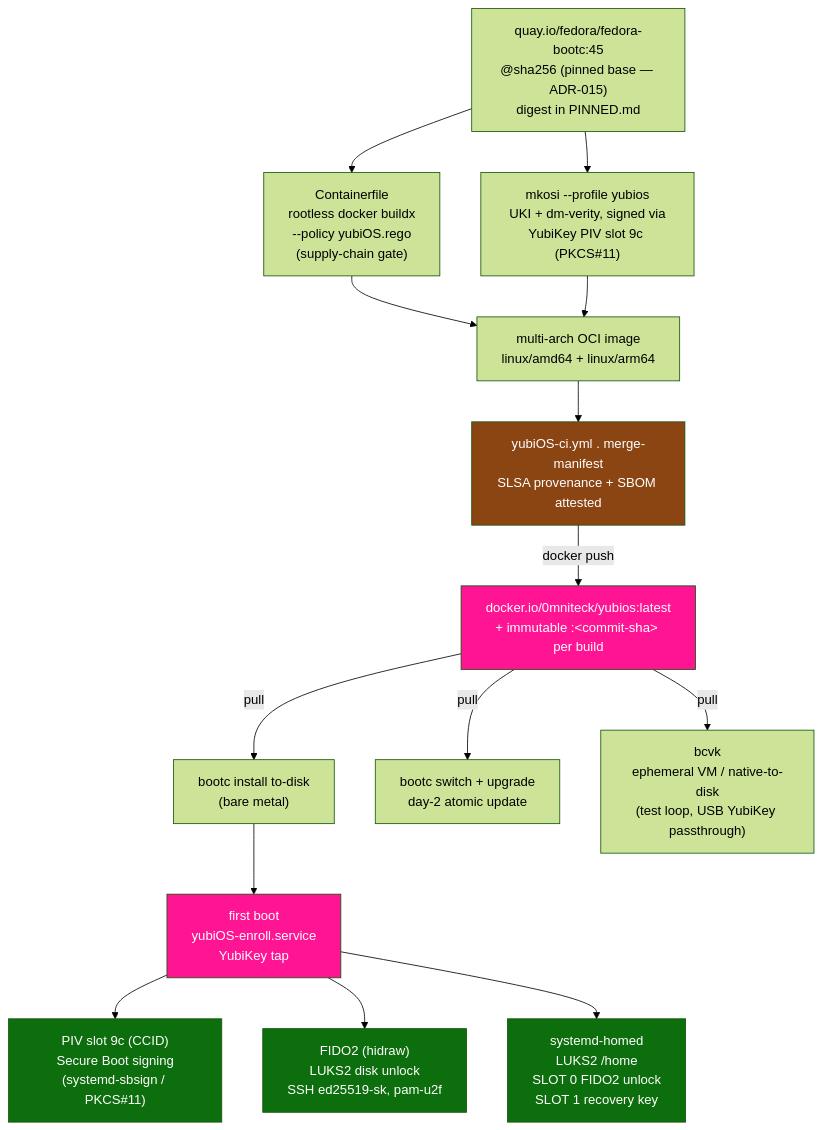
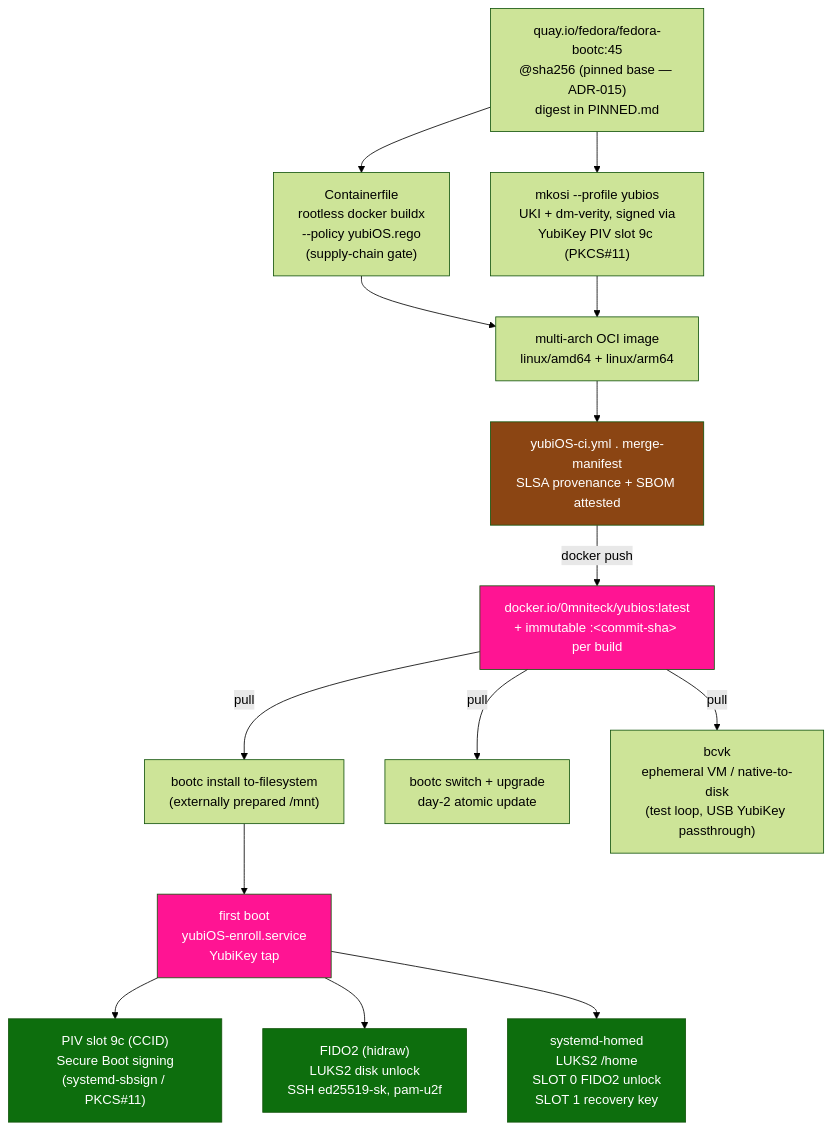
The diagram in README.md (corning-croak-cable/yubiOS), drawn with Mermaid (forest theme) before and after one commit. The commit also changed other lines of this file, not shown here.

Commit message:
docs: switch install example to bootc to-filesystem

````diff
--- a/README.md
+++ b/README.md
@@ -151,37 +174,37 @@
 ```mermaid
 graph TD
     BASE["quay.io/fedora/fedora-bootc:45\n@sha256 (pinned base — ADR-015)\ndigest in PINNED.md"]
     CF["Containerfile\nrootless docker buildx\n--policy yubiOS.rego\n(supply-chain gate)"]
     MKOSI["mkosi --profile yubios\nUKI + dm-verity, signed via\nYubiKey PIV slot 9c (PKCS#11)"]
     OCI["multi-arch OCI image\nlinux/amd64 + linux/arm64"]
     CI["yubiOS-ci.yml . merge-manifest\nSLSA provenance + SBOM attested"]
     REG["docker.io/0mniteck/yubios:latest\n+ immutable :&lt;commit-sha&gt; per build"]
-    INSTALL["bootc install to-disk\n(bare metal)"]
+    INSTALL["bootc install to-filesystem\n(externally prepared /mnt)"]
     UPGRADE["bootc switch + upgrade\nday-2 atomic update"]
     BCVK["bcvk\nephemeral VM / native-to-disk\n(test loop, USB YubiKey passthrough)"]
     ENROLL["first boot\nyubiOS-enroll.service\nYubiKey tap"]
     PIV["PIV slot 9c (CCID)\nSecure Boot signing\n(systemd-sbsign / PKCS#11)"]
     FIDO["FIDO2 (hidraw)\nLUKS2 disk unlock\nSSH ed25519-sk, pam-u2f"]
     HOMED["systemd-homed\nLUKS2 /home\nSLOT 0 FIDO2 unlock\nSLOT 1 recovery key"]
 
     BASE --> CF
     BASE --> MKOSI
     CF --> OCI
     MKOSI --> OCI
     OCI --> CI
     CI -->|docker push| REG
     REG -->|pull| INSTALL
     REG -->|pull| UPGRADE
     REG -->|pull| BCVK
     INSTALL --> ENROLL
     ENROLL --> PIV
     ENROLL --> FIDO
     ENROLL --> HOMED
 
     style REG fill:#ff1493,color:#fff
     style ENROLL fill:#ff1493,color:#fff
     style PIV fill:#0d6e0d,color:#fff
     style FIDO fill:#0d6e0d,color:#fff
     style HOMED fill:#0d6e0d,color:#fff
     style CI fill:#8b4513,color:#fff
 ```
````
